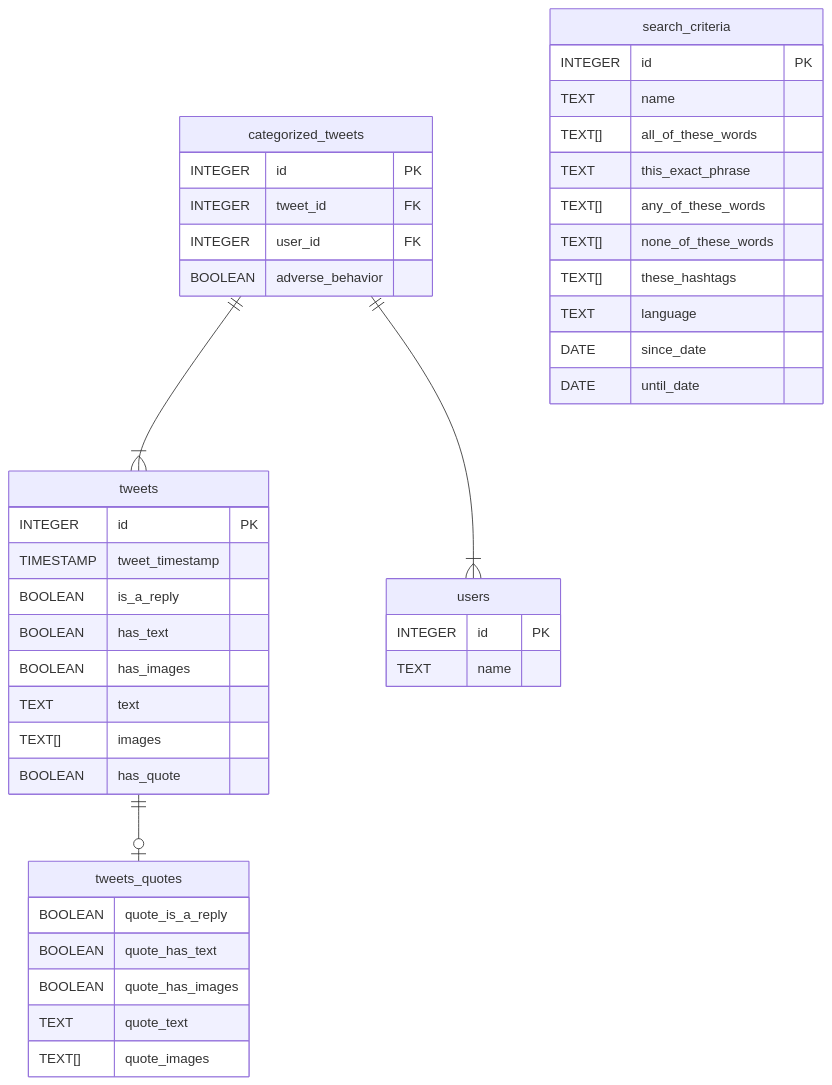
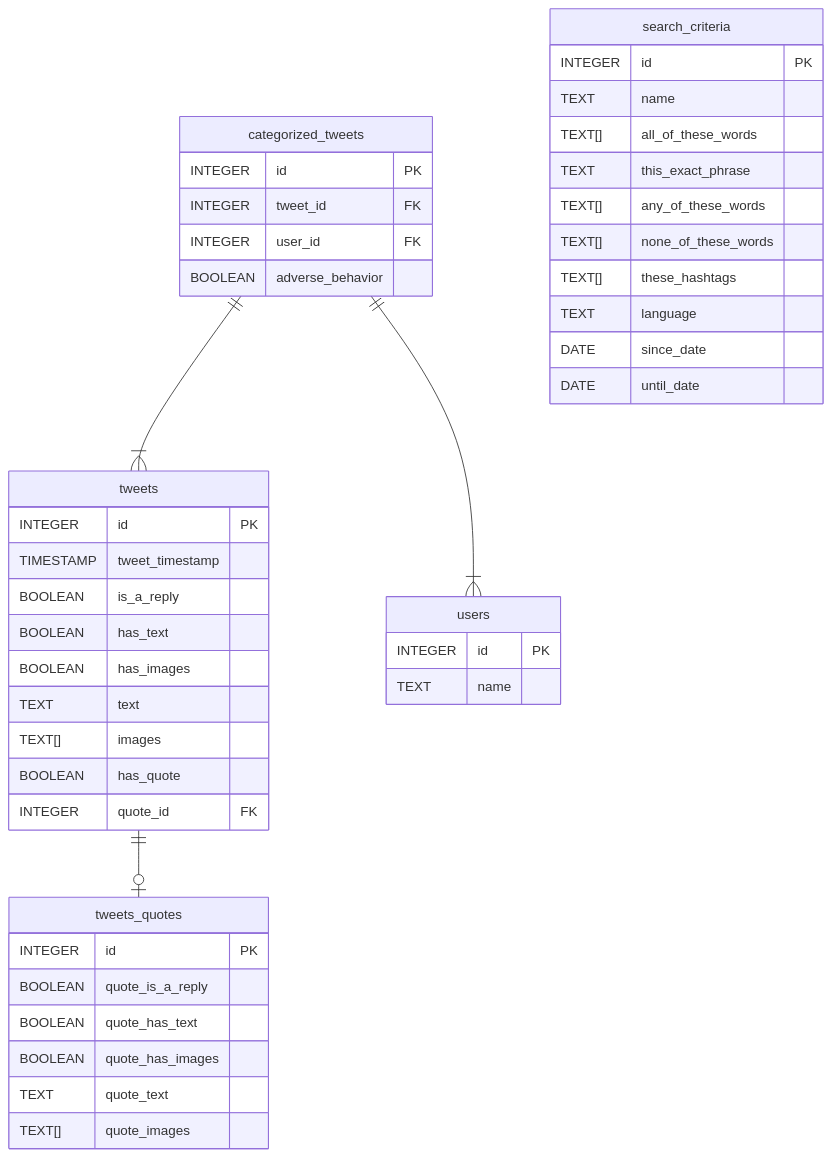
Before and after one commit to lhbelfanti/ahbcc: the diagram in README.md, drawn with Mermaid.

Commit message:
Added database structure to README.md

````diff
--- a/README.md
+++ b/README.md
@@ -32,45 +32,47 @@
 ```mermaid
 erDiagram
     tweets {
         INTEGER id PK
         TIMESTAMP tweet_timestamp
-        BOOLEAN is_a_reply 
-        BOOLEAN has_text 
+        BOOLEAN is_a_reply
+        BOOLEAN has_text
         BOOLEAN has_images
         TEXT text
         TEXT[] images
         BOOLEAN has_quote
+        INTEGER quote_id FK
     }
     tweets ||--o| tweets_quotes : ""
     tweets_quotes {
+        INTEGER id PK
         BOOLEAN quote_is_a_reply
-        BOOLEAN quote_has_text 
-        BOOLEAN quote_has_images 
-        TEXT quote_text 
-        TEXT[] quote_images 
+        BOOLEAN quote_has_text
+        BOOLEAN quote_has_images
+        TEXT quote_text
+        TEXT[] quote_images
     }
     users {
         INTEGER id PK
         TEXT name
     }
     categorized_tweets ||--|{ tweets : ""
     categorized_tweets ||--|{ users : ""
     categorized_tweets {
         INTEGER id PK
         INTEGER tweet_id FK
         INTEGER user_id FK
         BOOLEAN adverse_behavior
     }
     search_criteria {
         INTEGER id PK
         TEXT name
         TEXT[] all_of_these_words
         TEXT this_exact_phrase
         TEXT[] any_of_these_words
         TEXT[] none_of_these_words
         TEXT[] these_hashtags
         TEXT language
         DATE since_date
         DATE until_date
     }
 ```
````
